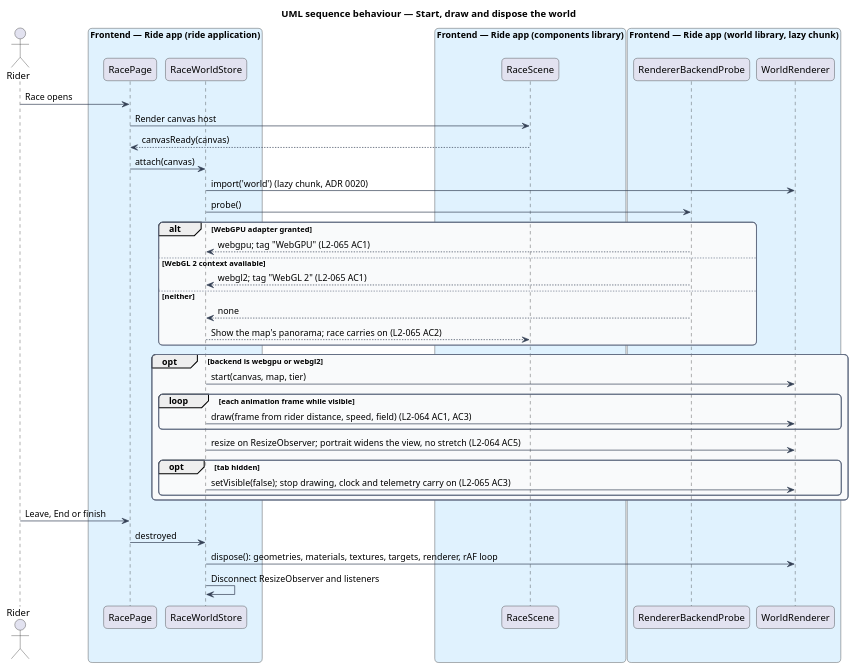
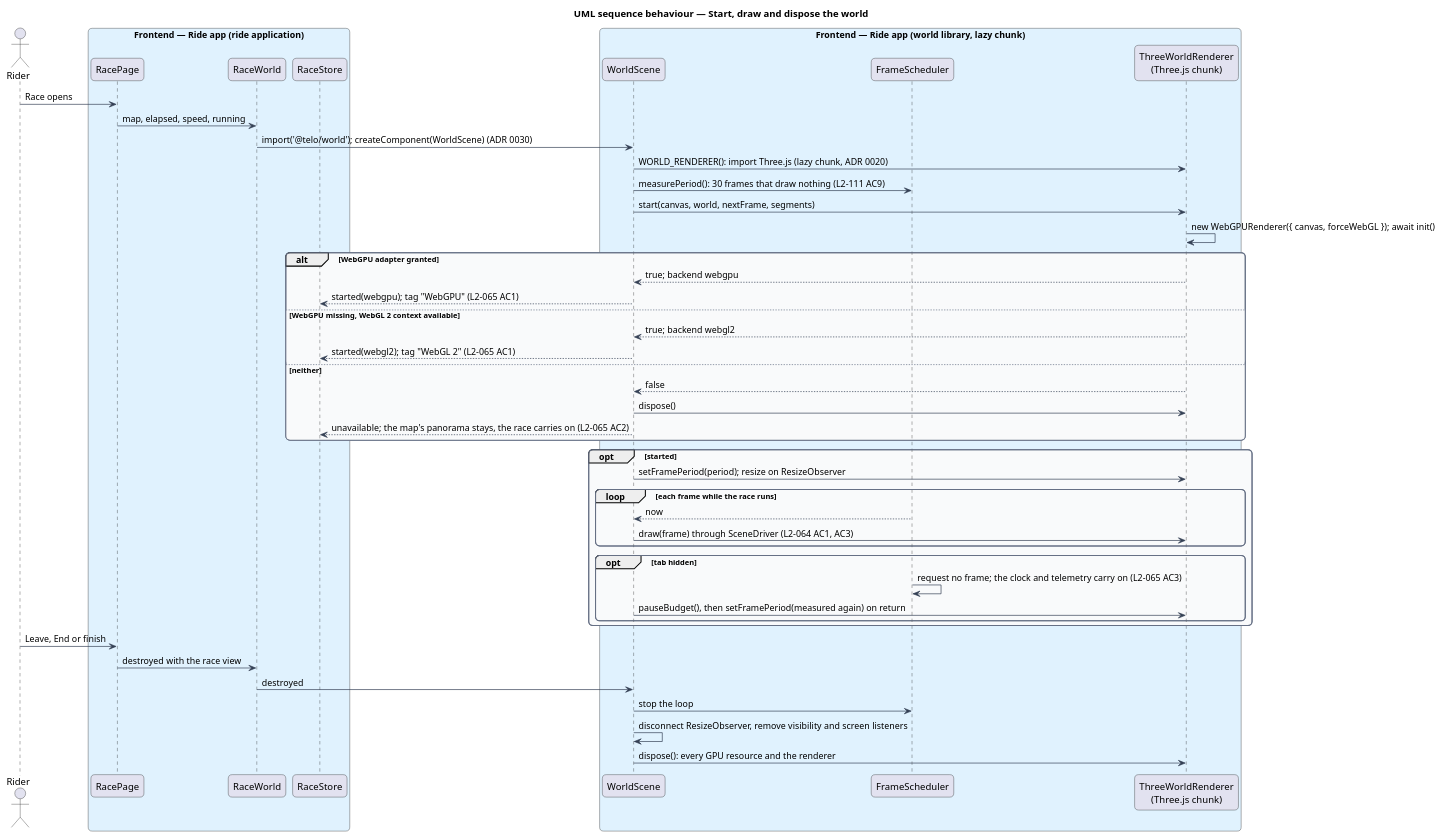
Before and after one commit to QuinntyneBrown/ride-one: the diagram in docs/detailed-designs/race/render-the-race-world/diagrams/sequence-start-draw-and-dispose.puml, drawn with PlantUML. The commit also changed 13 other files, not shown here.

First line of the commit message:
Carry World Ride's rendering from main: ADR 0030, the world library and the design

```diff
--- a/docs/detailed-designs/race/render-the-race-world/diagrams/sequence-start-draw-and-dispose.puml
+++ b/docs/detailed-designs/race/render-the-race-world/diagrams/sequence-start-draw-and-dispose.puml
@@ -1,57 +1,63 @@
 @startuml
 title UML sequence behaviour — Start, draw and dispose the world
 skinparam backgroundColor #FFFFFF
 skinparam shadowing false
 skinparam roundcorner 12
 skinparam defaultFontName Arial
 skinparam ArrowColor #344054
 skinparam rectangle {
   BorderColor #344054
   FontColor #101828
 }
 skinparam package {
   BorderColor #667085
   FontColor #101828
   BackgroundColor #F9FAFB
 }
 actor "Rider" as actor
 box "Frontend — Ride app (ride application)" #E0F2FE
   participant "RacePage" as page
-  participant "RaceWorldStore" as wstore
-end box
-box "Frontend — Ride app (components library)" #E0F2FE
-  participant "RaceScene" as scene
+  participant "RaceWorld" as outlet
+  participant "RaceStore" as store
 end box
 box "Frontend — Ride app (world library, lazy chunk)" #E0F2FE
-  participant "RendererBackendProbe" as probe
-  participant "WorldRenderer" as renderer
+  participant "WorldScene" as scene
+  participant "FrameScheduler" as frames
+  participant "ThreeWorldRenderer\n(Three.js chunk)" as renderer
 end box
 actor -> page : Race opens
-page -> scene : Render canvas host
-scene --> page : canvasReady(canvas)
-page -> wstore : attach(canvas)
-wstore -> renderer : import('world') (lazy chunk, ADR 0020)
-wstore -> probe : probe()
+page -> outlet : map, elapsed, speed, running
+outlet -> scene : import('@telo/world'); createComponent(WorldScene) (ADR 0030)
+scene -> renderer : WORLD_RENDERER(): import Three.js (lazy chunk, ADR 0020)
+scene -> frames : measurePeriod(): 30 frames that draw nothing (L2-111 AC9)
+scene -> renderer : start(canvas, world, nextFrame, segments)
+renderer -> renderer : new WebGPURenderer({ canvas, forceWebGL }); await init()
 alt WebGPU adapter granted
-  probe --> wstore : webgpu; tag "WebGPU" (L2-065 AC1)
-else WebGL 2 context available
-  probe --> wstore : webgl2; tag "WebGL 2" (L2-065 AC1)
+  renderer --> scene : true; backend webgpu
+  scene --> store : started(webgpu); tag "WebGPU" (L2-065 AC1)
+else WebGPU missing, WebGL 2 context available
+  renderer --> scene : true; backend webgl2
+  scene --> store : started(webgl2); tag "WebGL 2" (L2-065 AC1)
 else neither
-  probe --> wstore : none
-  wstore --> scene : Show the map's panorama; race carries on (L2-065 AC2)
+  renderer --> scene : false
+  scene -> renderer : dispose()
+  scene --> store : unavailable; the map's panorama stays, the race carries on (L2-065 AC2)
 end
-opt backend is webgpu or webgl2
-  wstore -> renderer : start(canvas, map, tier)
-  loop each animation frame while visible
-    wstore -> renderer : draw(frame from rider distance, speed, field) (L2-064 AC1, AC3)
+opt started
+  scene -> renderer : setFramePeriod(period); resize on ResizeObserver
+  loop each frame while the race runs
+    frames --> scene : now
+    scene -> renderer : draw(frame) through SceneDriver (L2-064 AC1, AC3)
   end
-  wstore -> renderer : resize on ResizeObserver; portrait widens the view, no stretch (L2-064 AC5)
   opt tab hidden
-    wstore -> renderer : setVisible(false); stop drawing, clock and telemetry carry on (L2-065 AC3)
+    frames -> frames : request no frame; the clock and telemetry carry on (L2-065 AC3)
+    scene -> renderer : pauseBudget(), then setFramePeriod(measured again) on return
   end
 end
 actor -> page : Leave, End or finish
-page -> wstore : destroyed
-wstore -> renderer : dispose(): geometries, materials, textures, targets, renderer, rAF loop
-wstore -> wstore : Disconnect ResizeObserver and listeners
+page -> outlet : destroyed with the race view
+outlet -> scene : destroyed
+scene -> frames : stop the loop
+scene -> scene : disconnect ResizeObserver, remove visibility and screen listeners
+scene -> renderer : dispose(): every GPU resource and the renderer
 @enduml
```
